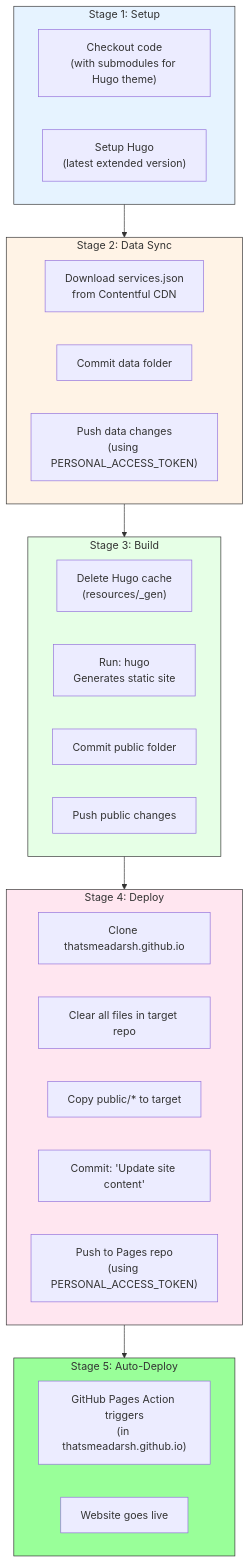
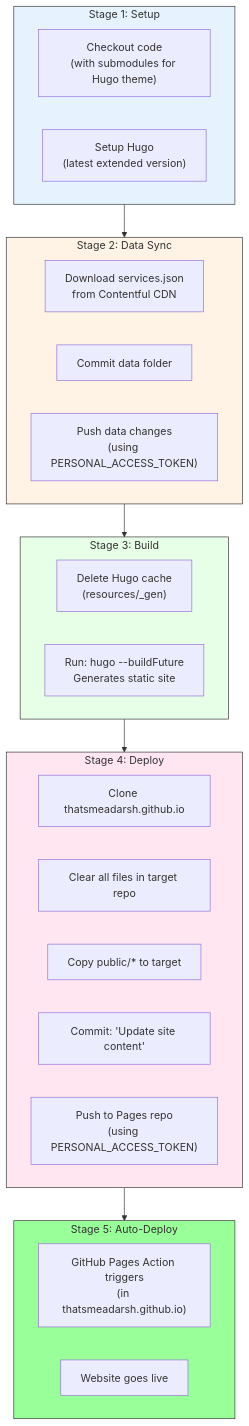
The second of 4 diagrams in docs/workflow-documentation.md (thatsmeadarsh/n8n-powered-auto-web-publish), drawn with Mermaid before and after one commit. The commit also changed other lines of this file and 2 other files, not shown here.

First line of the commit message:
Update all architectural docs to reflect current system state

````diff
--- a/docs/workflow-documentation.md
+++ b/docs/workflow-documentation.md
@@ -35,41 +35,42 @@
 ```mermaid
 graph TD
     subgraph Stage1["Stage 1: Setup"]
         CO["Checkout code<br/>(with submodules for Hugo theme)"]
         HS["Setup Hugo<br/>(latest extended version)"]
     end
 
     subgraph Stage2["Stage 2: Data Sync"]
         DL["Download services.json<br/>from Contentful CDN"]
         CD["Commit data folder"]
         PD["Push data changes<br/>(using PERSONAL_ACCESS_TOKEN)"]
     end
 
     subgraph Stage3["Stage 3: Build"]
         RC["Delete Hugo cache<br/>(resources/_gen)"]
-        HB["Run: hugo<br/>Generates static site"]
-        CP["Commit public folder"]
-        PP["Push public changes"]
+        HB["Run: hugo --buildFuture<br/>Generates static site"]
     end
 
     subgraph Stage4["Stage 4: Deploy"]
         CL["Clone thatsmeadarsh.github.io"]
         RM["Clear all files in target repo"]
         CY["Copy public/* to target"]
         CM["Commit: 'Update site content'"]
         PS["Push to Pages repo<br/>(using PERSONAL_ACCESS_TOKEN)"]
     end
 
     subgraph Stage5["Stage 5: Auto-Deploy"]
         PA["GitHub Pages Action triggers<br/>(in thatsmeadarsh.github.io)"]
         WB["Website goes live"]
     end
 
-    Stage1 --> Stage2 --> Stage3 --> Stage4 --> Stage5
+    Stage1 --> Stage2
+    Stage2 --> Stage3
+    Stage3 --> Stage4
+    Stage4 --> Stage5
 
     style Stage1 fill:#e6f3ff,stroke:#333
     style Stage2 fill:#fff3e6,stroke:#333
     style Stage3 fill:#e6ffe6,stroke:#333
     style Stage4 fill:#ffe6f0,stroke:#333
     style Stage5 fill:#99ff99,stroke:#333
 ```
````
